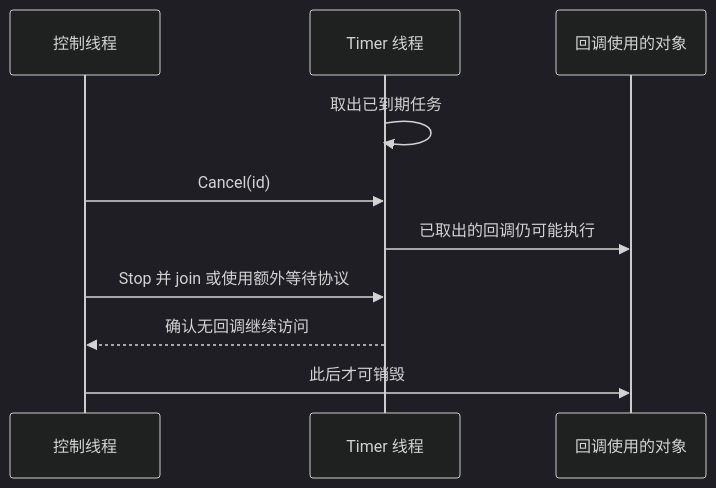
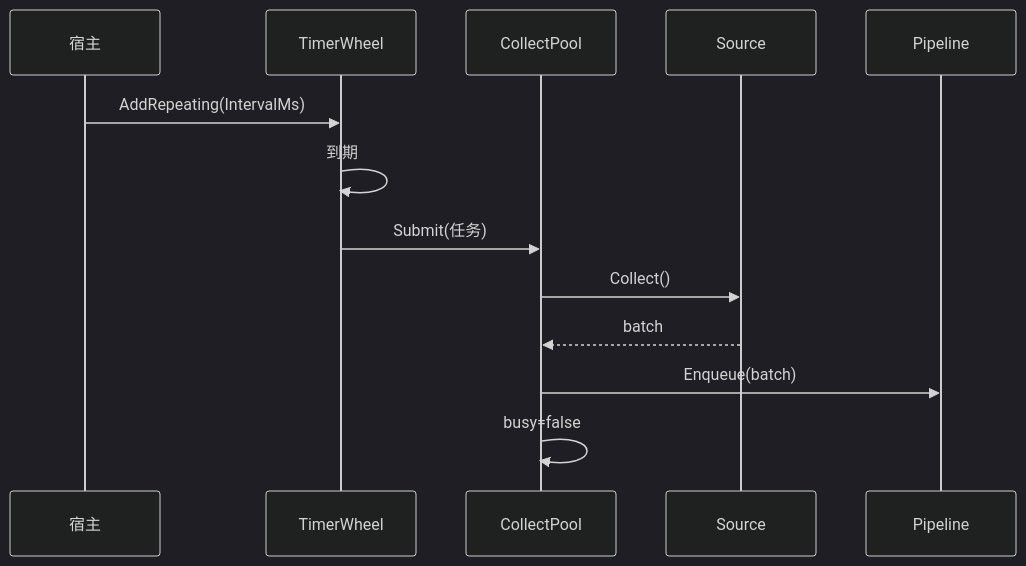
The third of 4 diagrams in docs/document/撰修司/illuminator性能监控平台/设计方案/06-scheduling-and-observability.md (Franch-Toast/Scriptorium), drawn with Mermaid (dark theme) before and after one commit. The commit also changed other lines of this file and 20 other files, not shown here.

````diff
--- a/docs/document/撰修司/illuminator性能监控平台/设计方案/06-scheduling-and-observability.md
+++ b/docs/document/撰修司/illuminator性能监控平台/设计方案/06-scheduling-and-observability.md
@@ -78,13 +138,16 @@
 ```mermaid
 %%{init: {"sequence":{"useMaxWidth":false}}}%%
 sequenceDiagram
-    participant H as 控制线程
-    participant T as Timer 线程
-    participant O as 回调使用的对象
-    T->>T: 取出已到期任务
-    H->>T: Cancel(id)
-    T->>O: 已取出的回调仍可能执行
-    H->>T: Stop 并 join 或使用额外等待协议
-    T-->>H: 确认无回调继续访问
-    H->>O: 此后才可销毁
+    participant H as 宿主
+    participant TW as TimerWheel
+    participant CP as CollectPool
+    participant S as Source
+    participant P as Pipeline
+    H->>TW: AddRepeating(IntervalMs)
+    TW->>TW: 到期
+    TW->>CP: Submit(任务)
+    CP->>S: Collect()
+    S-->>CP: batch
+    CP->>P: Enqueue(batch)
+    CP->>CP: busy=false
 ```
````
